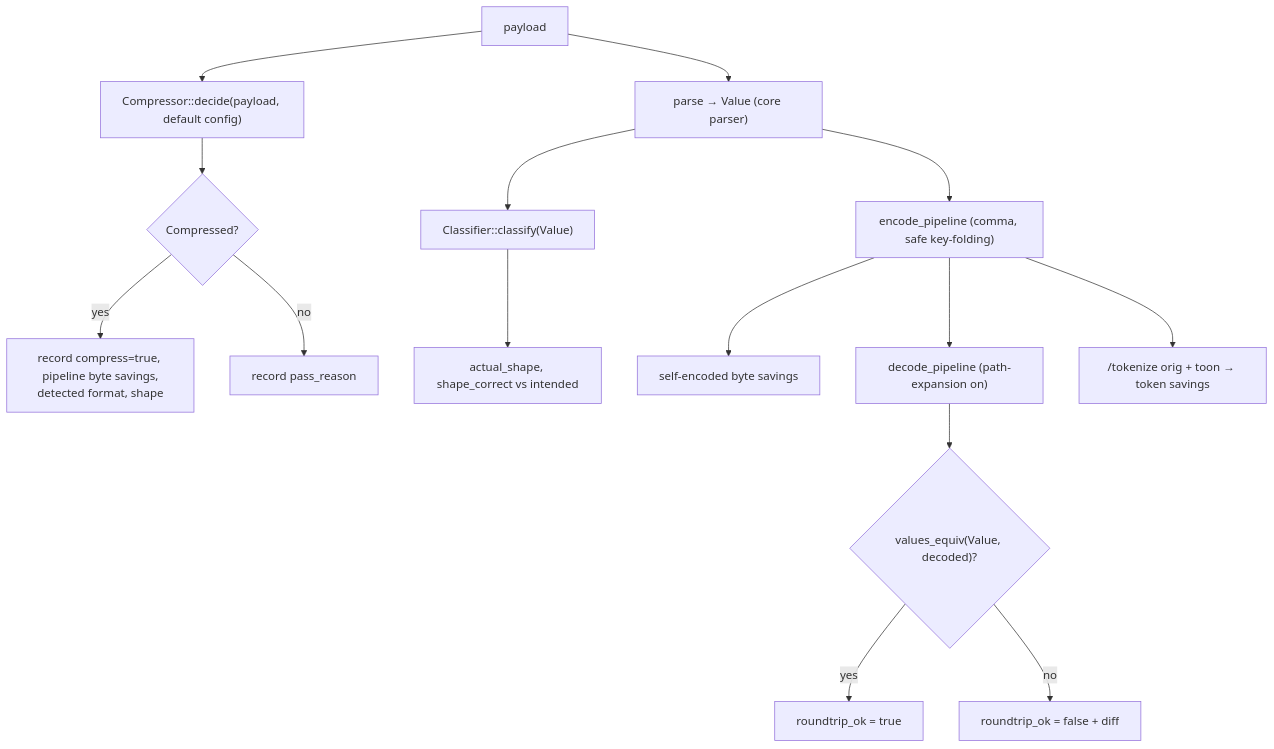
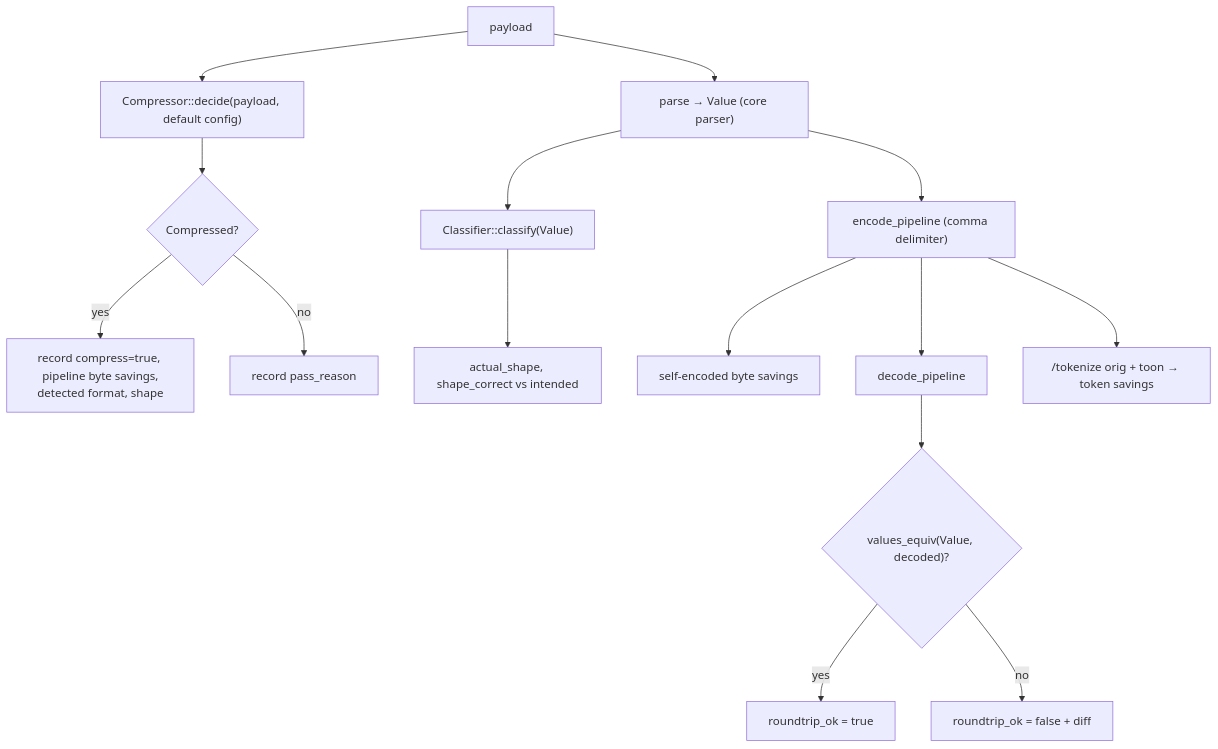
One commit to cipher-rc5/toon-mcp changed the second of 3 diagrams in evals/docs/methodology.md. Above: the diagram before and after it, drawn with Mermaid. The commit also changed other lines of this file and 38 other files, not shown here.

````diff
--- a/evals/docs/methodology.md
+++ b/evals/docs/methodology.md
@@ -51,18 +51,18 @@
 ```mermaid
 flowchart TD
     P["payload"] --> D["Compressor::decide(payload, default config)"]
     D --> DR{"Compressed?"}
     DR -- yes --> M1["record compress=true, pipeline byte savings,<br/>detected format, shape"]
     DR -- no --> M2["record pass_reason"]
 
     P --> V["parse → Value (core parser)"]
     V --> CL["Classifier::classify(Value)"]
     CL --> SC["actual_shape, shape_correct vs intended"]
-    V --> EN["encode_pipeline (comma, safe key-folding)"]
+    V --> EN["encode_pipeline (comma delimiter)"]
     EN --> BY["self-encoded byte savings"]
-    EN --> RT["decode_pipeline (path-expansion on)"]
+    EN --> RT["decode_pipeline"]
     RT --> EQ{"values_equiv(Value, decoded)?"}
     EQ -- yes --> OK["roundtrip_ok = true"]
     EQ -- no --> BAD["roundtrip_ok = false + diff"]
     EN --> TK["/tokenize orig + toon → token savings"]
 ```
````
